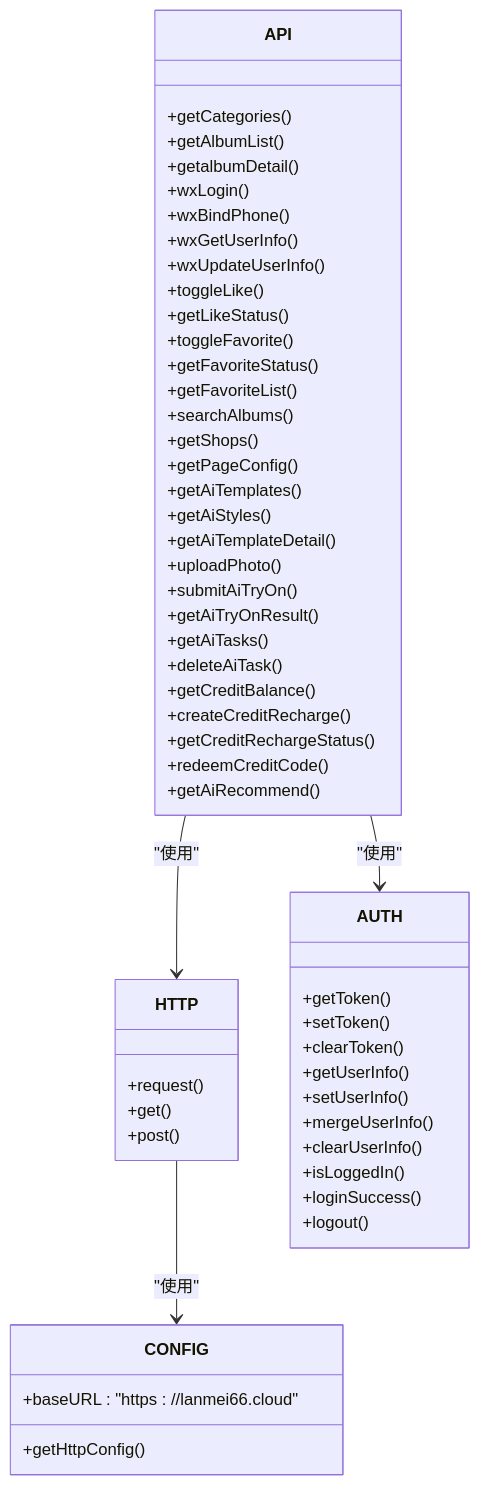
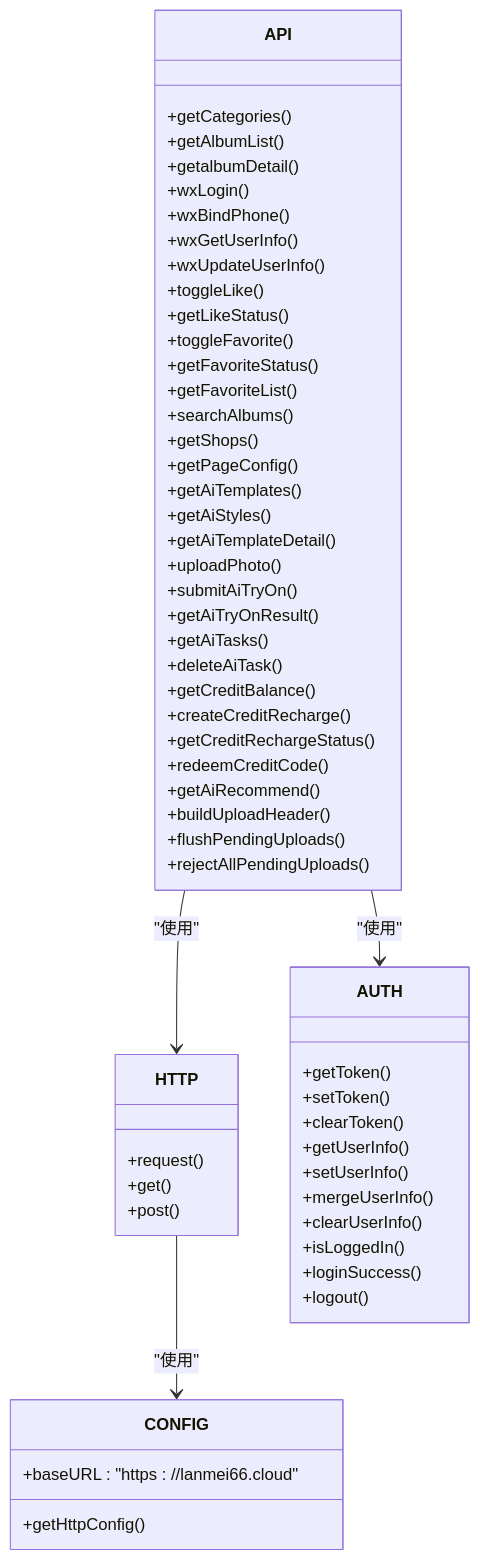
One commit to crazyma99/blueberry changed the third of 3 diagrams in .qoder/repowiki/zh/content/工具模块详解/API接口封装层.md. Above: the diagram before and after it, drawn with Mermaid. The commit also changed other lines of this file and 6 other files, not shown here.

````diff
--- a/.qoder/repowiki/zh/content/工具模块详解/API接口封装层.md
+++ b/.qoder/repowiki/zh/content/工具模块详解/API接口封装层.md
@@ -611,57 +634,60 @@
 ```mermaid
 classDiagram
 class API {
 +getCategories()
 +getAlbumList()
 +getalbumDetail()
 +wxLogin()
 +wxBindPhone()
 +wxGetUserInfo()
 +wxUpdateUserInfo()
 +toggleLike()
 +getLikeStatus()
 +toggleFavorite()
 +getFavoriteStatus()
 +getFavoriteList()
 +searchAlbums()
 +getShops()
 +getPageConfig()
 +getAiTemplates()
 +getAiStyles()
 +getAiTemplateDetail()
 +uploadPhoto()
 +submitAiTryOn()
 +getAiTryOnResult()
 +getAiTasks()
 +deleteAiTask()
 +getCreditBalance()
 +createCreditRecharge()
 +getCreditRechargeStatus()
 +redeemCreditCode()
 +getAiRecommend()
++buildUploadHeader()
++flushPendingUploads()
++rejectAllPendingUploads()
 }
 class HTTP {
 +request()
 +get()
 +post()
 }
 class AUTH {
 +getToken()
 +setToken()
 +clearToken()
 +getUserInfo()
 +setUserInfo()
 +mergeUserInfo()
 +clearUserInfo()
 +isLoggedIn()
 +loginSuccess()
 +logout()
 }
 class CONFIG {
 +getHttpConfig()
 +baseURL : "https : //lanmei66.cloud"
 }
 API --> HTTP : "使用"
 API --> AUTH : "使用"
 HTTP --> CONFIG : "使用"
 ```
````
